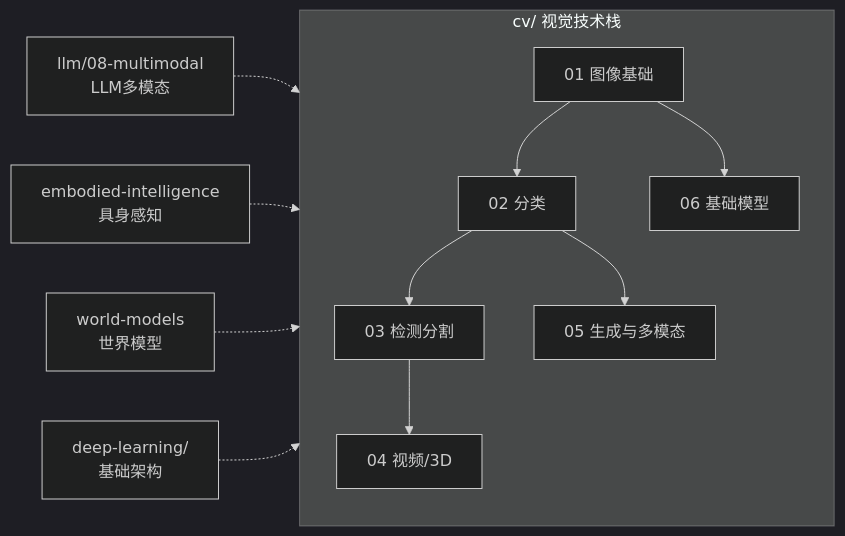
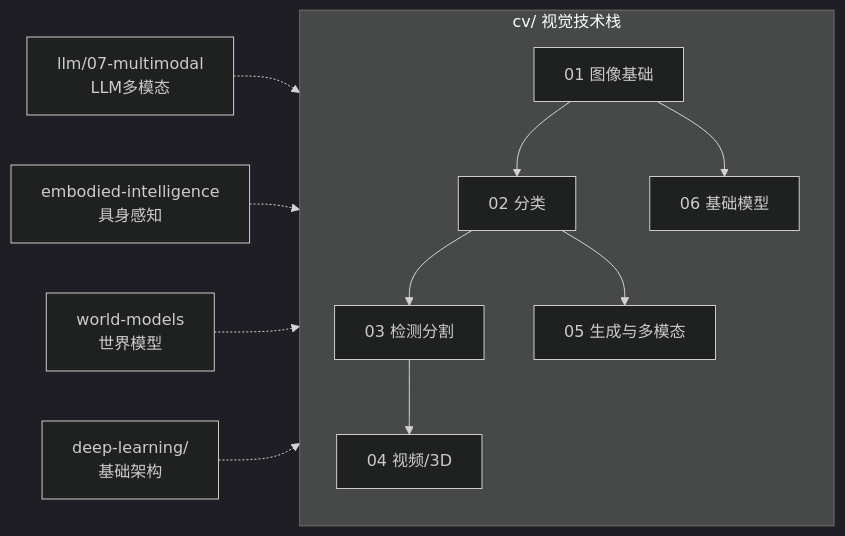
Before and after one commit to wenyuexin/MachineLearning: the diagram in cv/README.md, drawn with Mermaid (dark theme). The commit also changed other lines of this file and 177 other files, not shown here.

````diff
--- a/cv/README.md
+++ b/cv/README.md
@@ -26,16 +30,16 @@
 ```mermaid
 flowchart LR
     subgraph CV [cv/ 视觉技术栈]
         direction TB
         FUND[01 图像基础] --> CLASS[02 分类]
         CLASS --> DET[03 检测分割]
         DET --> VID[04 视频/3D]
         CLASS --> GEN[05 生成与多模态]
         FUND --> FM[06 基础模型]
     end
 
     DL[deep-learning/<br/>基础架构] -.-> CV
-    LLM_M[llm/08-multimodal<br/>LLM多模态] -.-> GEN
+    LLM_M[llm/07-multimodal<br/>LLM多模态] -.-> GEN
     EI[embodied-intelligence<br/>具身感知] -.-> DET
     WM[world-models<br/>世界模型] -.-> VID
 ```
````
